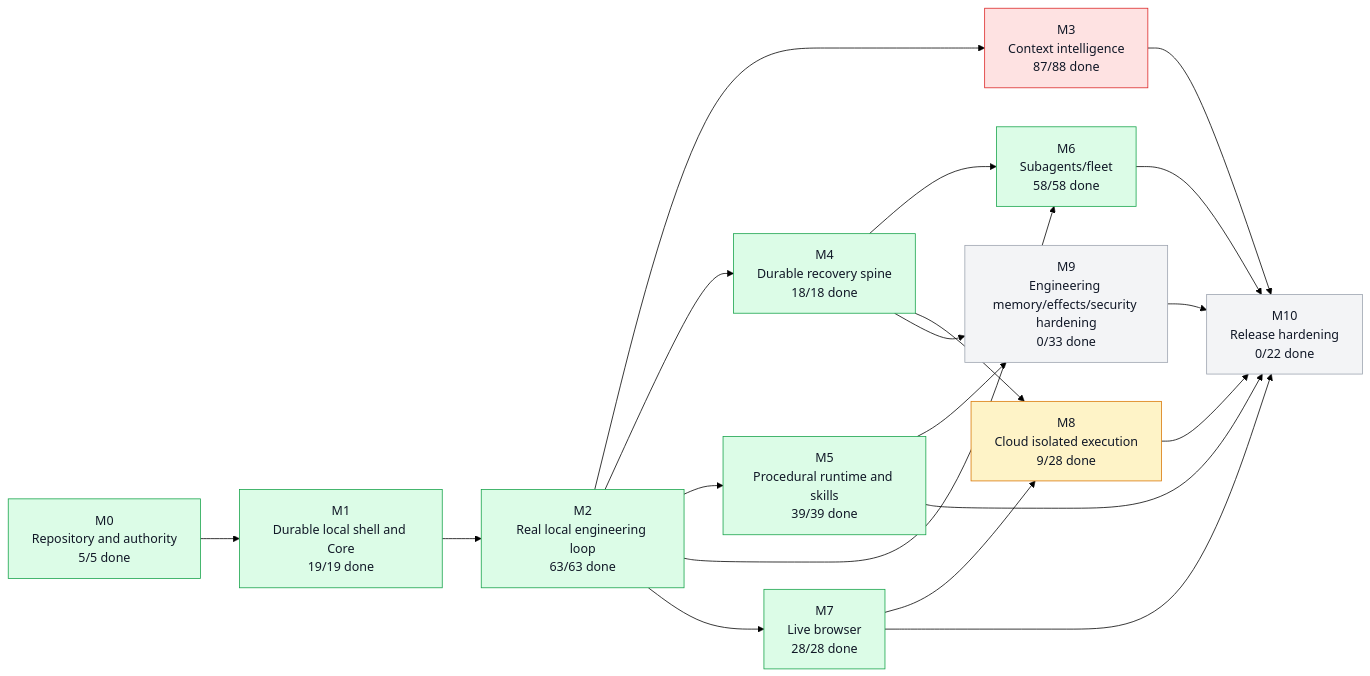
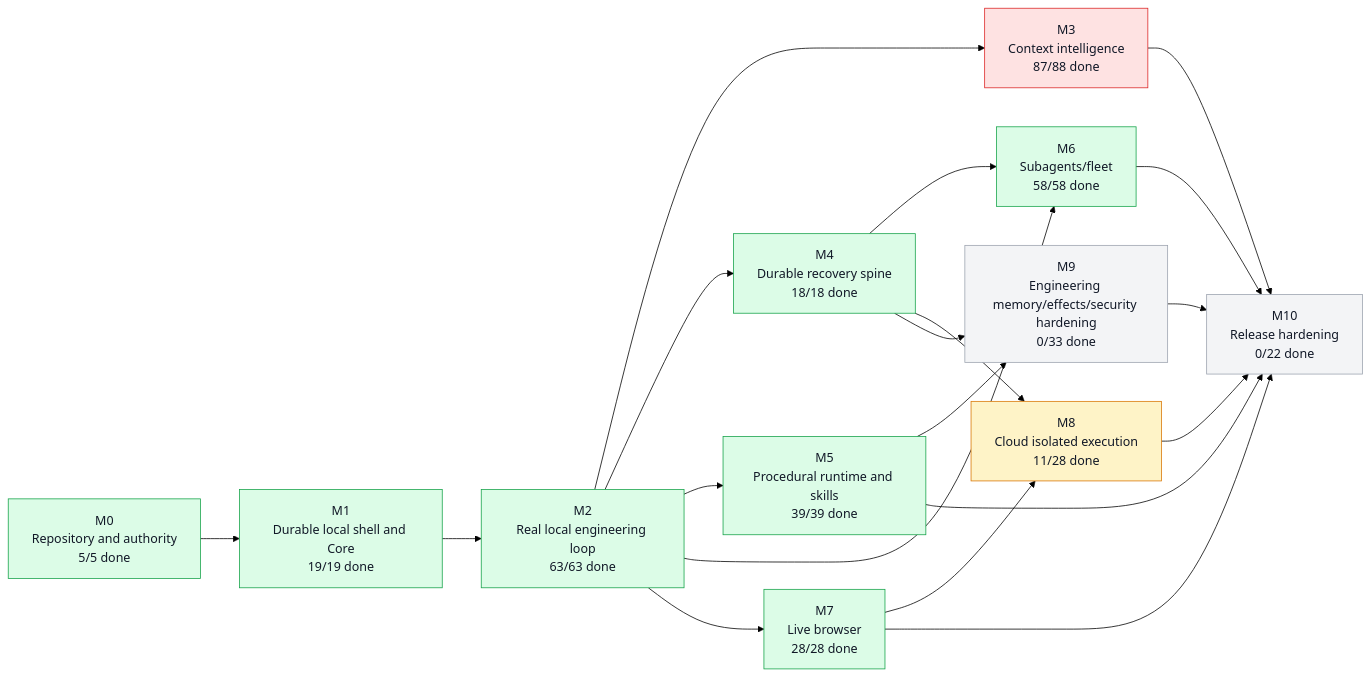
One commit to moss101/modbit changed the first of 5 diagrams in graph/PROJECT_GRAPH.md. Above: the diagram before and after it, drawn with Mermaid (forest theme). The commit also changed other lines of this file and 9 other files, not shown here.

````diff
--- a/graph/PROJECT_GRAPH.md
+++ b/graph/PROJECT_GRAPH.md
@@ -57,43 +57,43 @@
 ```mermaid
 flowchart LR
   M0["M0<br/>Repository and authority<br/>5/5 done"]
   M1["M1<br/>Durable local shell and Core<br/>19/19 done"]
   M2["M2<br/>Real local engineering loop<br/>63/63 done"]
   M3["M3<br/>Context intelligence<br/>87/88 done"]
   M4["M4<br/>Durable recovery spine<br/>18/18 done"]
   M5["M5<br/>Procedural runtime and skills<br/>39/39 done"]
   M6["M6<br/>Subagents/fleet<br/>58/58 done"]
   M7["M7<br/>Live browser<br/>28/28 done"]
-  M8["M8<br/>Cloud isolated execution<br/>9/28 done"]
+  M8["M8<br/>Cloud isolated execution<br/>11/28 done"]
   M9["M9<br/>Engineering memory/effects/security hardening<br/>0/33 done"]
   M10["M10<br/>Release hardening<br/>0/22 done"]
   M0 --> M1
   M1 --> M2
   M2 --> M3
   M2 --> M4
   M2 --> M5
   M2 --> M6
   M4 --> M6
   M2 --> M7
   M4 --> M8
   M7 --> M8
   M4 --> M9
   M5 --> M9
   M3 --> M10
   M5 --> M10
   M6 --> M10
   M7 --> M10
   M8 --> M10
   M9 --> M10
   style M0 fill:#dcfce7,stroke:#16a34a,color:#111827
   style M1 fill:#dcfce7,stroke:#16a34a,color:#111827
   style M2 fill:#dcfce7,stroke:#16a34a,color:#111827
   style M3 fill:#fee2e2,stroke:#dc2626,color:#111827
   style M4 fill:#dcfce7,stroke:#16a34a,color:#111827
   style M5 fill:#dcfce7,stroke:#16a34a,color:#111827
   style M6 fill:#dcfce7,stroke:#16a34a,color:#111827
   style M7 fill:#dcfce7,stroke:#16a34a,color:#111827
   style M8 fill:#fef3c7,stroke:#d97706,color:#111827
   style M9 fill:#f3f4f6,stroke:#9ca3af,color:#111827
   style M10 fill:#f3f4f6,stroke:#9ca3af,color:#111827
 ```
````
